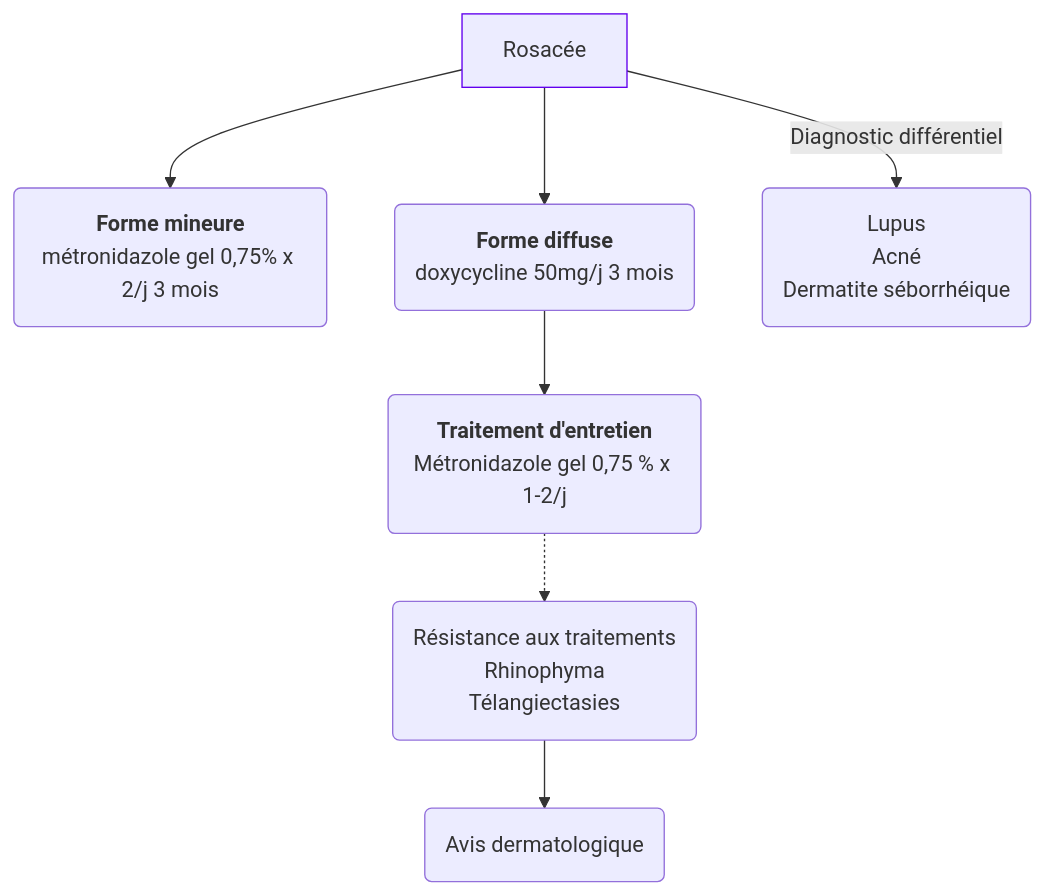
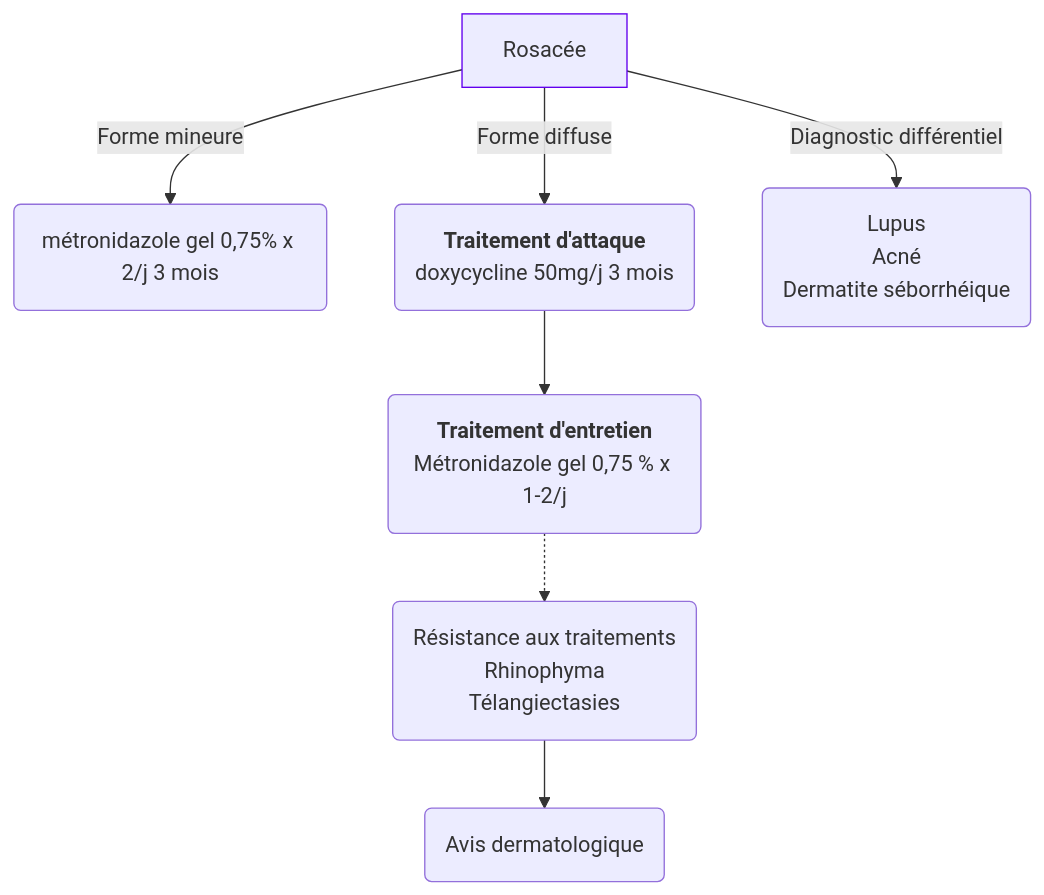
The diagram in content/recommandations/rosacee.md (djibe/recommandations-medicales), drawn with Mermaid before and after one commit. The commit also changed other lines of this file and 10 other files, not shown here.

```diff
--- a/content/recommandations/rosacee.md
+++ b/content/recommandations/rosacee.md
@@ -171,8 +171,8 @@
 {{< mermaid >}}
 graph TB
-  rosacee["Rosacée"] --> mineure("<strong>Forme mineure</strong><br>métronidazole gel 0,75% x 2/j 3 mois")
+  rosacee["Rosacée"] --"Forme mineure"--> mineure("métronidazole gel 0,75% x 2/j 3 mois")
   style rosacee stroke:#6200ee, stroke-width:1px
-  rosacee --> diffuse("<strong>Forme diffuse</strong><br>doxycycline 50mg/j 3 mois") --> entretien("<strong>Traitement d'entretien</strong><br>Métronidazole gel 0,75 % x 1-2/j") -.-> autres("Résistance aux traitements<br>Rhinophyma<br>Télangiectasies") --> dermato("Avis dermatologique")
+  rosacee --"Forme diffuse"--> diffuse("<strong>Traitement d'attaque</strong><br>doxycycline 50mg/j 3 mois") --> entretien("<strong>Traitement d'entretien</strong><br>Métronidazole gel 0,75 % x 1-2/j") -.-> autres("Résistance aux traitements<br>Rhinophyma<br>Télangiectasies") --> dermato("Avis dermatologique")
   rosacee --"Diagnostic différentiel"--> differentiel("Lupus<br>Acné<br>Dermatite séborrhéique")
 
 {{< /mermaid >}}
```
